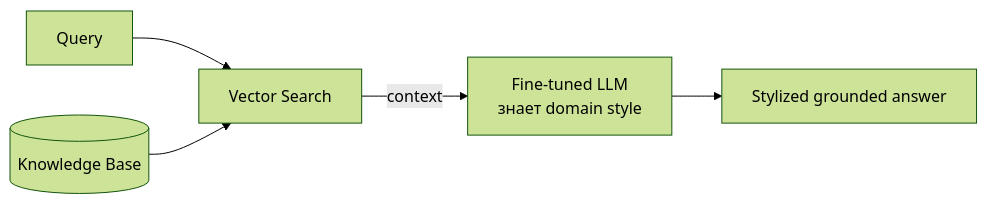
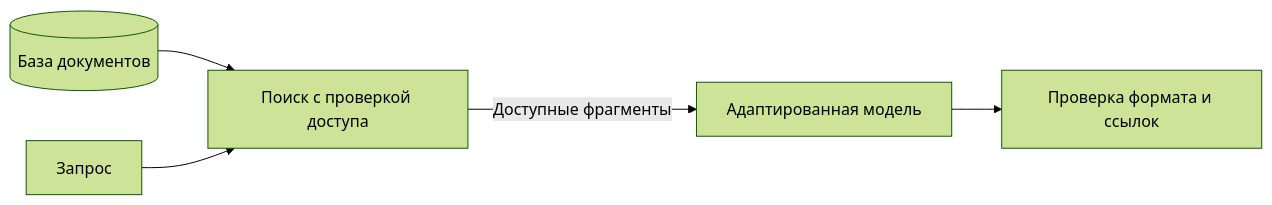
One commit to akeverus/cheat-sheet changed the first of 10 diagrams in cheatsheets/interview/ai-ml/ai-application-architecture-interview.md. Above: the diagram before and after it, drawn with Mermaid (forest theme). The commit also changed other lines of this file and 154 other files, not shown here.

````diff
--- a/cheatsheets/interview/ai-ml/ai-application-architecture-interview.md
+++ b/cheatsheets/interview/ai-ml/ai-application-architecture-interview.md
@@ -172,7 +135,7 @@
 ```mermaid
 flowchart LR
-    Q[Query] --> Retriever[Vector Search]
-    Retriever -->|context| FTModel[Fine-tuned LLM<br/>знает domain style]
-    FTModel --> Answer[Stylized grounded answer]
-    Docs[(Knowledge Base)] --> Retriever
+    Docs[(База документов)] --> Retriever[Поиск с проверкой доступа]
+    Q[Запрос] --> Retriever
+    Retriever -->|Доступные фрагменты| FTModel[Адаптированная модель]
+    FTModel --> Check[Проверка формата и ссылок]
 ```
````
